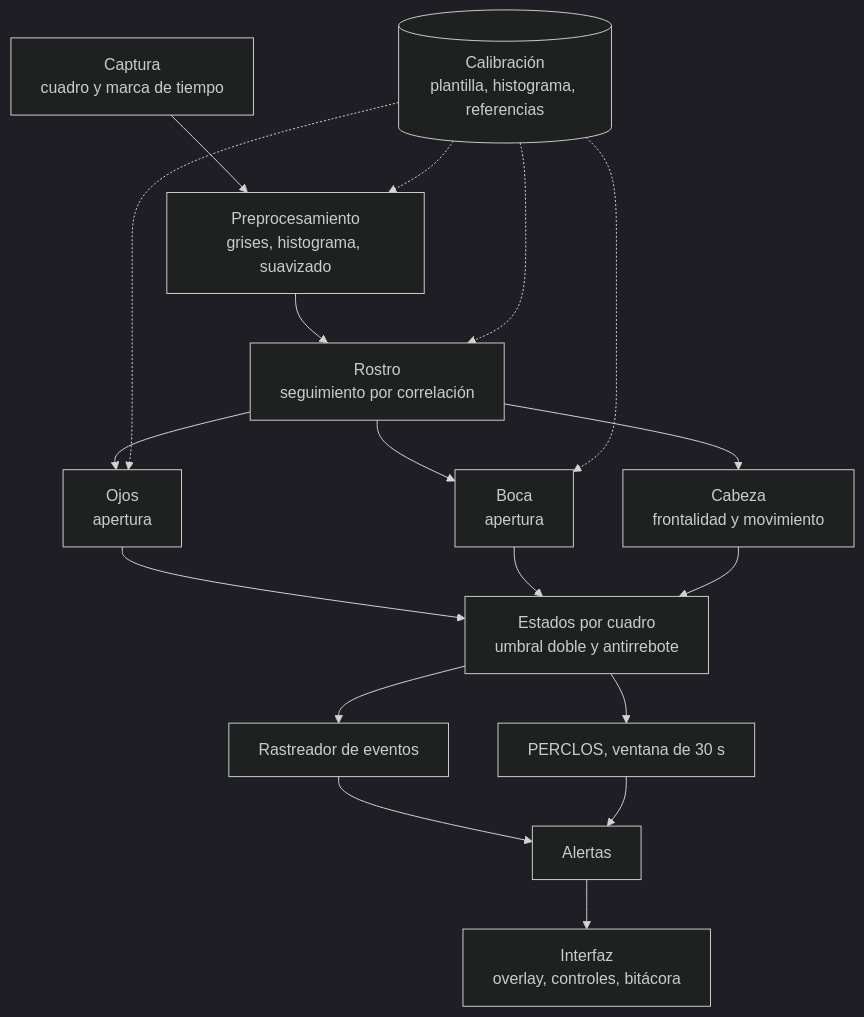
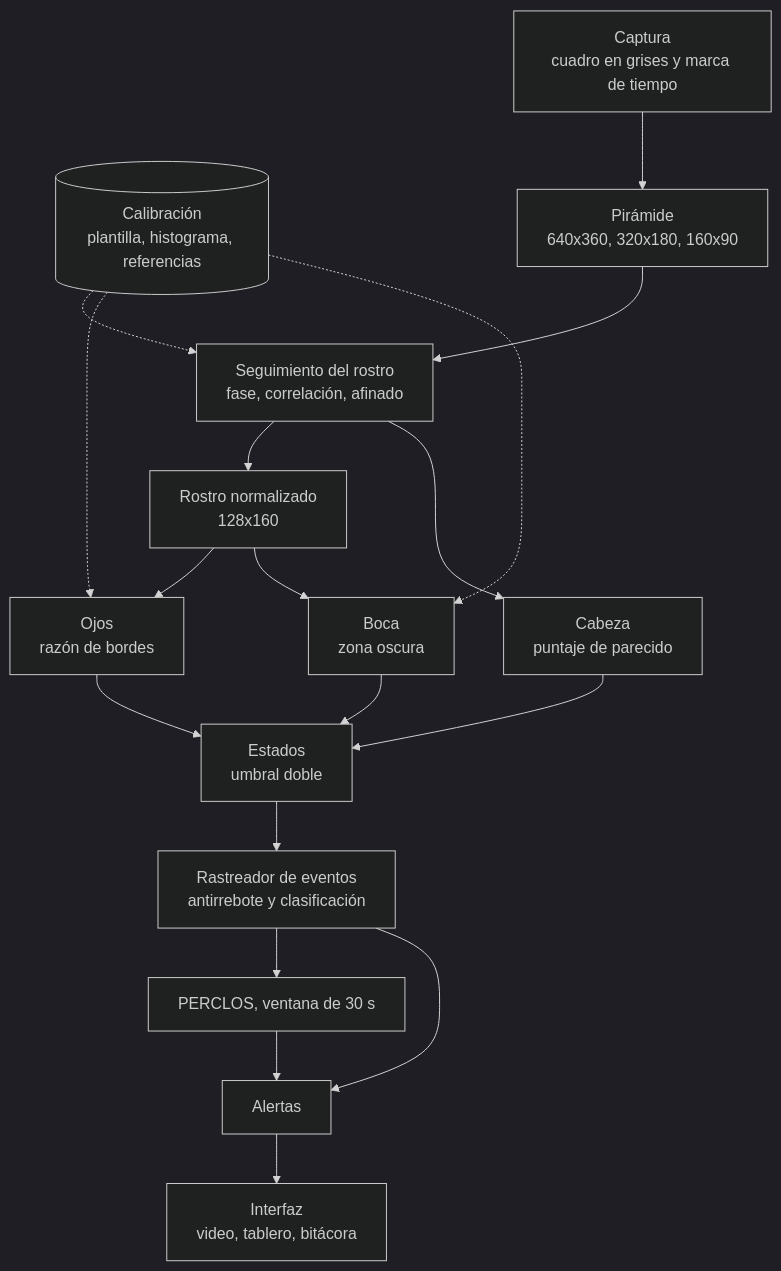
Before and after one commit to moyolehuani/somnolencia-vision: the diagram in docs/arquitectura.md, drawn with Mermaid (dark theme). The commit also changed other lines of this file and 69 other files, not shown here.

Commit message:
Primera versión del sistema: percepción, capa temporal, interfaz, evaluación y pruebas

````diff
--- a/docs/arquitectura.md
+++ b/docs/arquitectura.md
@@ -19,21 +21,21 @@
 ```mermaid
 flowchart TD
     CAL[("Calibración<br/>plantilla, histograma, referencias")]
-    A["Captura<br/>cuadro y marca de tiempo"] --> B["Preprocesamiento<br/>grises, histograma, suavizado"]
-    B --> C["Rostro<br/>seguimiento por correlación"]
-    C --> D["Ojos<br/>apertura"]
-    C --> E["Boca<br/>apertura"]
-    C --> F["Cabeza<br/>frontalidad y movimiento"]
-    D --> G["Estados por cuadro<br/>umbral doble y antirrebote"]
+    A["Captura<br/>cuadro en grises y marca de tiempo"] --> B["Pirámide<br/>640x360, 320x180, 160x90"]
+    B --> C["Seguimiento del rostro<br/>fase, correlación, afinado"]
+    C --> N["Rostro normalizado<br/>128x160"]
+    N --> D["Ojos<br/>razón de bordes"]
+    N --> E["Boca<br/>zona oscura"]
+    C --> F["Cabeza<br/>puntaje de parecido"]
+    D --> G["Estados<br/>umbral doble"]
     E --> G
     F --> G
-    G --> H["Rastreador de eventos"]
-    G --> I["PERCLOS, ventana de 30 s"]
+    G --> H["Rastreador de eventos<br/>antirrebote y clasificación"]
+    H --> I["PERCLOS, ventana de 30 s"]
     H --> J["Alertas"]
     I --> J
-    J --> K["Interfaz<br/>overlay, controles, bitácora"]
-    CAL -.-> B
+    J --> K["Interfaz<br/>video, tablero, bitácora"]
     CAL -.-> C
     CAL -.-> D
     CAL -.-> E
 ```
````
